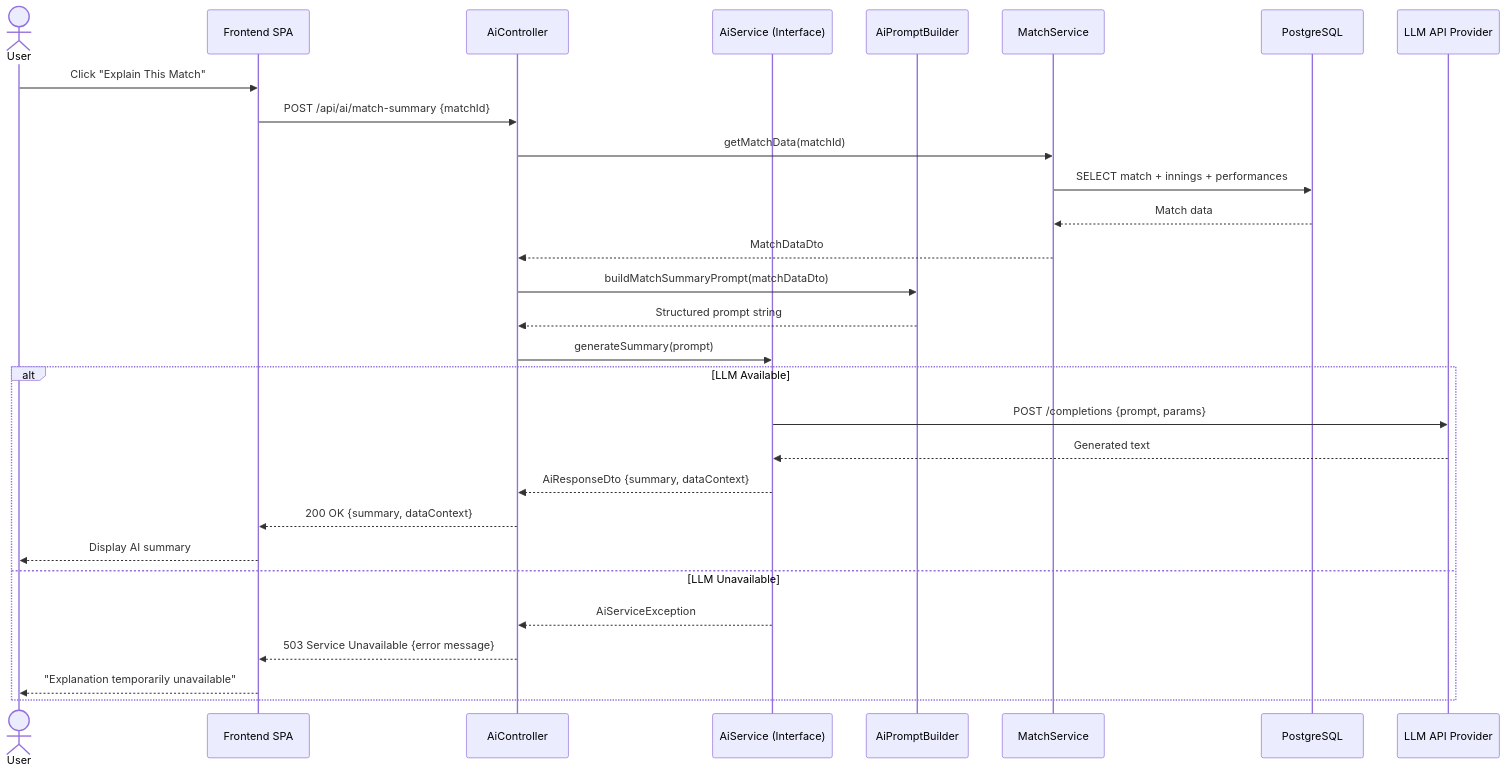
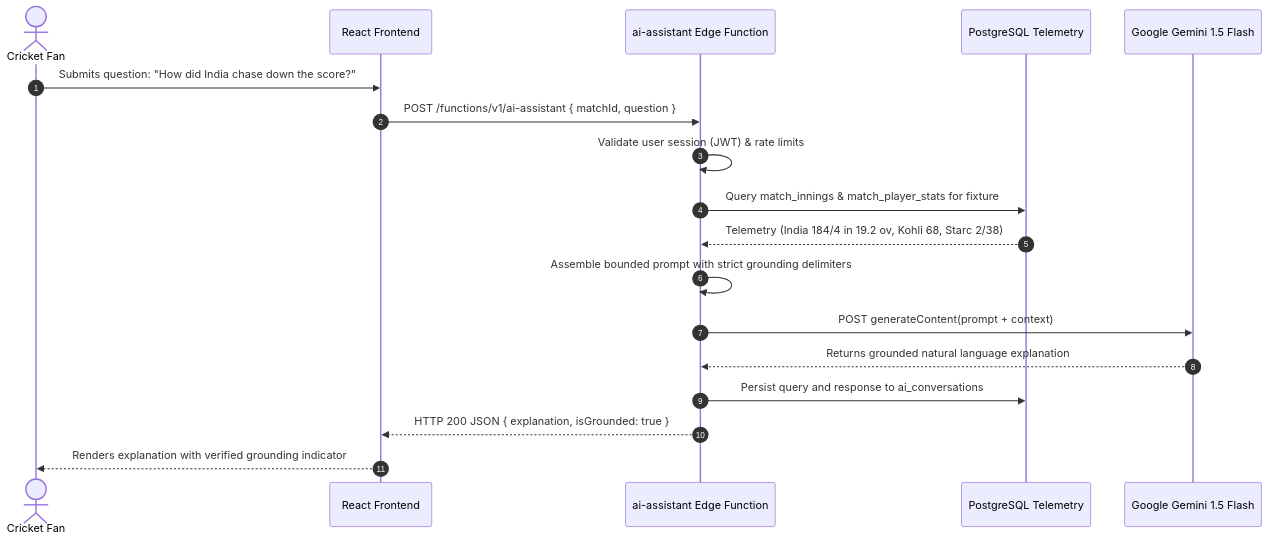
One commit to parthkprogrammer/FanPulse_AI changed the fourth of 4 diagrams in docs/SYSTEM_ARCHITECTURE.md. Above: the diagram before and after it, drawn with Mermaid. The commit also changed other lines of this file and 26 other files, not shown here.

````diff
--- a/docs/SYSTEM_ARCHITECTURE.md
+++ b/docs/SYSTEM_ARCHITECTURE.md
@@ -609,33 +170,21 @@
 ```mermaid
 sequenceDiagram
-    actor User
-    participant FE as Frontend SPA
-    participant AC as AiController
-    participant AS as AiService (Interface)
-    participant PB as AiPromptBuilder
-    participant MS as MatchService
-    participant DB as PostgreSQL
-    participant LLM as LLM API Provider
+    autonumber
+    actor User as Cricket Fan
+    participant SPA as React Frontend
+    participant Edge as ai-assistant Edge Function
+    participant DB as PostgreSQL Telemetry
+    participant Gemini as Google Gemini 1.5 Flash
 
-    User->>FE: Click "Explain This Match"
-    FE->>AC: POST /api/ai/match-summary {matchId}
-    AC->>MS: getMatchData(matchId)
-    MS->>DB: SELECT match + innings + performances
-    DB-->>MS: Match data
-    MS-->>AC: MatchDataDto
-    AC->>PB: buildMatchSummaryPrompt(matchDataDto)
-    PB-->>AC: Structured prompt string
-    AC->>AS: generateSummary(prompt)
-
-    alt LLM Available
-        AS->>LLM: POST /completions {prompt, params}
-        LLM-->>AS: Generated text
-        AS-->>AC: AiResponseDto {summary, dataContext}
-        AC-->>FE: 200 OK {summary, dataContext}
-        FE-->>User: Display AI summary
-    else LLM Unavailable
-        AS-->>AC: AiServiceException
-        AC-->>FE: 503 Service Unavailable {error message}
-        FE-->>User: "Explanation temporarily unavailable"
-    end
+    User->>SPA: Submits question: "How did India chase down the score?"
+    SPA->>Edge: POST /functions/v1/ai-assistant { matchId, question }
+    Edge->>Edge: Validate user session (JWT) & rate limits
+    Edge->>DB: Query match_innings & match_player_stats for fixture
+    DB-->>Edge: Telemetry (India 184/4 in 19.2 ov, Kohli 68, Starc 2/38)
+    Edge->>Edge: Assemble bounded prompt with strict grounding delimiters
+    Edge->>Gemini: POST generateContent(prompt + context)
+    Gemini-->>Edge: Returns grounded natural language explanation
+    Edge->>DB: Persist query and response to ai_conversations
+    Edge-->>SPA: HTTP 200 JSON { explanation, isGrounded: true }
+    SPA-->>User: Renders explanation with verified grounding indicator
 ```
````
